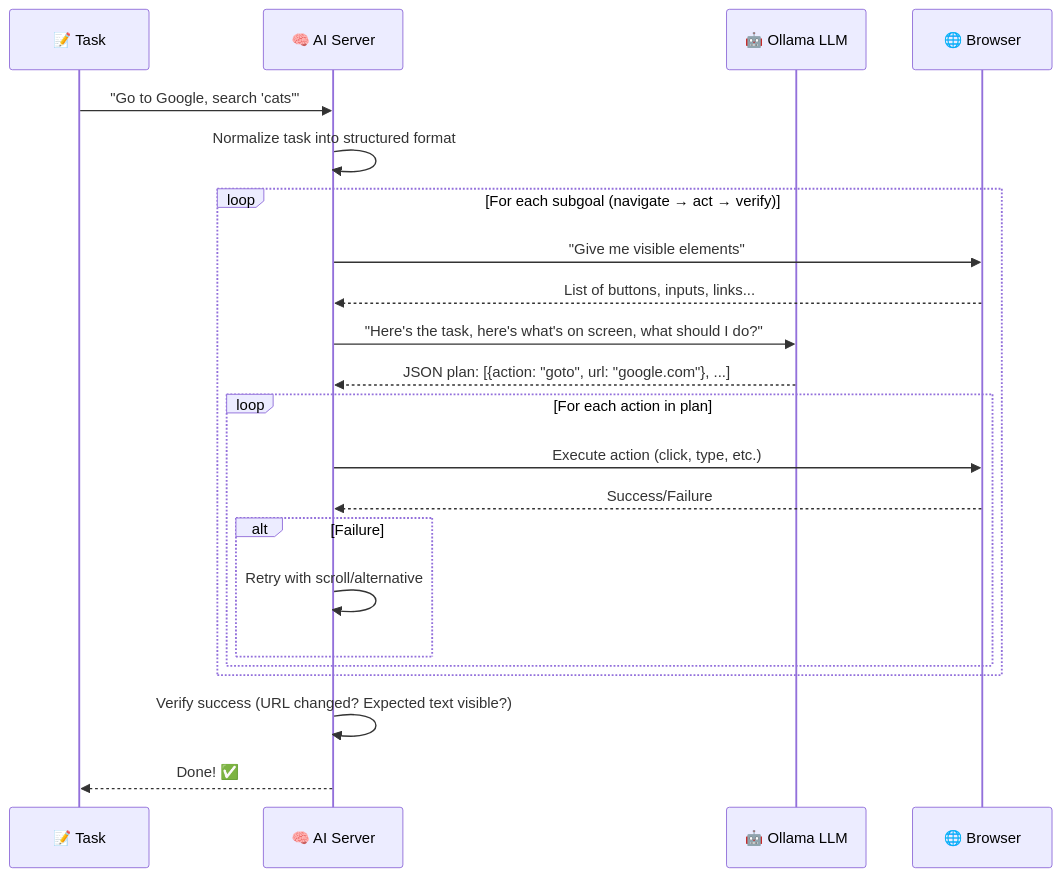
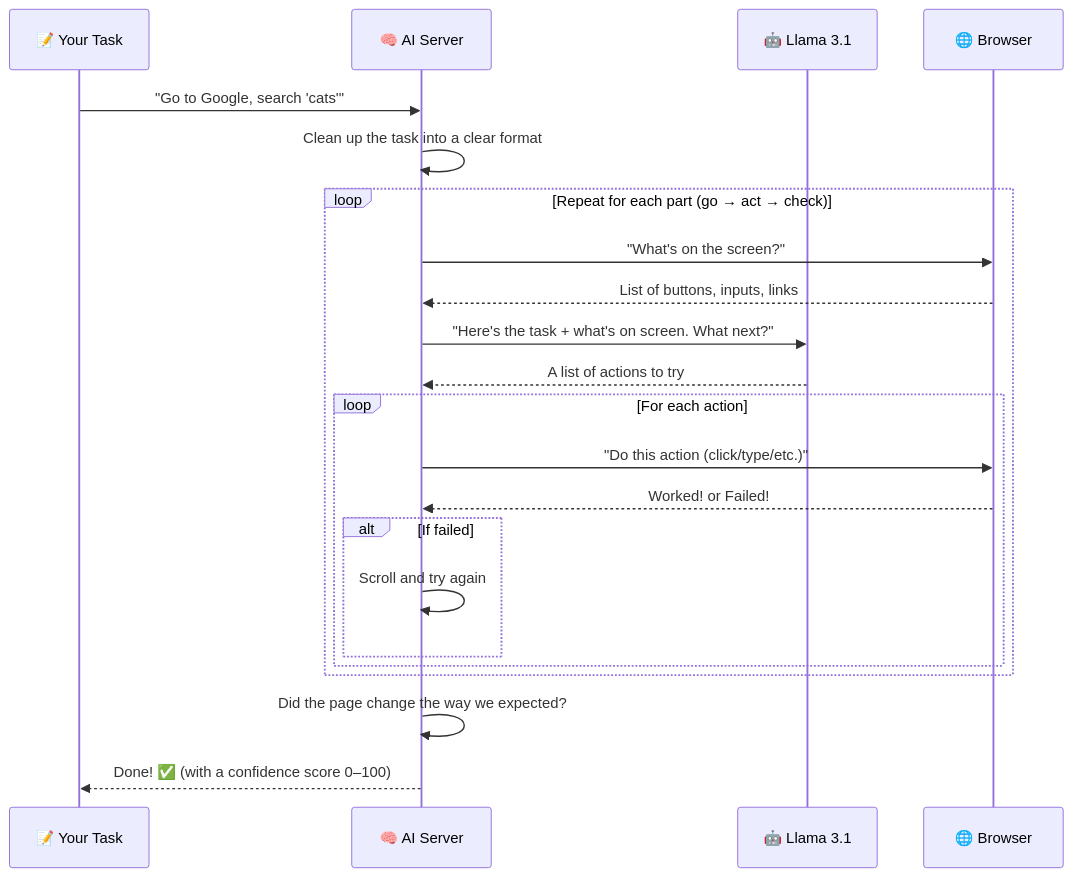
Before and after one commit to mariselvambtech/AILearn: the second of 2 diagrams in WEBAI_AUTOMATION/walkthrough.md, drawn with Mermaid. The commit also changed other lines of this file, not shown here.

````diff
--- a/WEBAI_AUTOMATION/walkthrough.md
+++ b/WEBAI_AUTOMATION/walkthrough.md
@@ -121,28 +201,28 @@
 ```mermaid
 sequenceDiagram
-    participant User as 📝 Task
-    participant Server as 🧠 AI Server
-    participant LLM as 🤖 Ollama LLM
-    participant Client as 🌐 Browser
+    participant You as 📝 Your Task
+    participant Brain as 🧠 AI Server
+    participant AI as 🤖 Llama 3.1
+    participant Hands as 🌐 Browser
 
-    User->>Server: "Go to Google, search 'cats'"
-    Server->>Server: Normalize task into structured format
-    
-    loop For each subgoal (navigate → act → verify)
-        Server->>Client: "Give me visible elements"
-        Client-->>Server: List of buttons, inputs, links...
-        Server->>LLM: "Here's the task, here's what's on screen, what should I do?"
-        LLM-->>Server: JSON plan: [{action: "goto", url: "google.com"}, ...]
-        
-        loop For each action in plan
-            Server->>Client: Execute action (click, type, etc.)
-            Client-->>Server: Success/Failure
-            alt Failure
-                Server->>Server: Retry with scroll/alternative
+    You->>Brain: "Go to Google, search 'cats'"
+    Brain->>Brain: Clean up the task into a clear format
+
+    loop Repeat for each part (go → act → check)
+        Brain->>Hands: "What's on the screen?"
+        Hands-->>Brain: List of buttons, inputs, links
+        Brain->>AI: "Here's the task + what's on screen. What next?"
+        AI-->>Brain: A list of actions to try
+
+        loop For each action
+            Brain->>Hands: "Do this action (click/type/etc.)"
+            Hands-->>Brain: Worked! or Failed!
+            alt If failed
+                Brain->>Brain: Scroll and try again
             end
         end
     end
-    
-    Server->>Server: Verify success (URL changed? Expected text visible?)
-    Server-->>User: Done! ✅
+
+    Brain->>Brain: Did the page change the way we expected?
+    Brain-->>You: Done! ✅ (with a confidence score 0–100)
 ```
````
